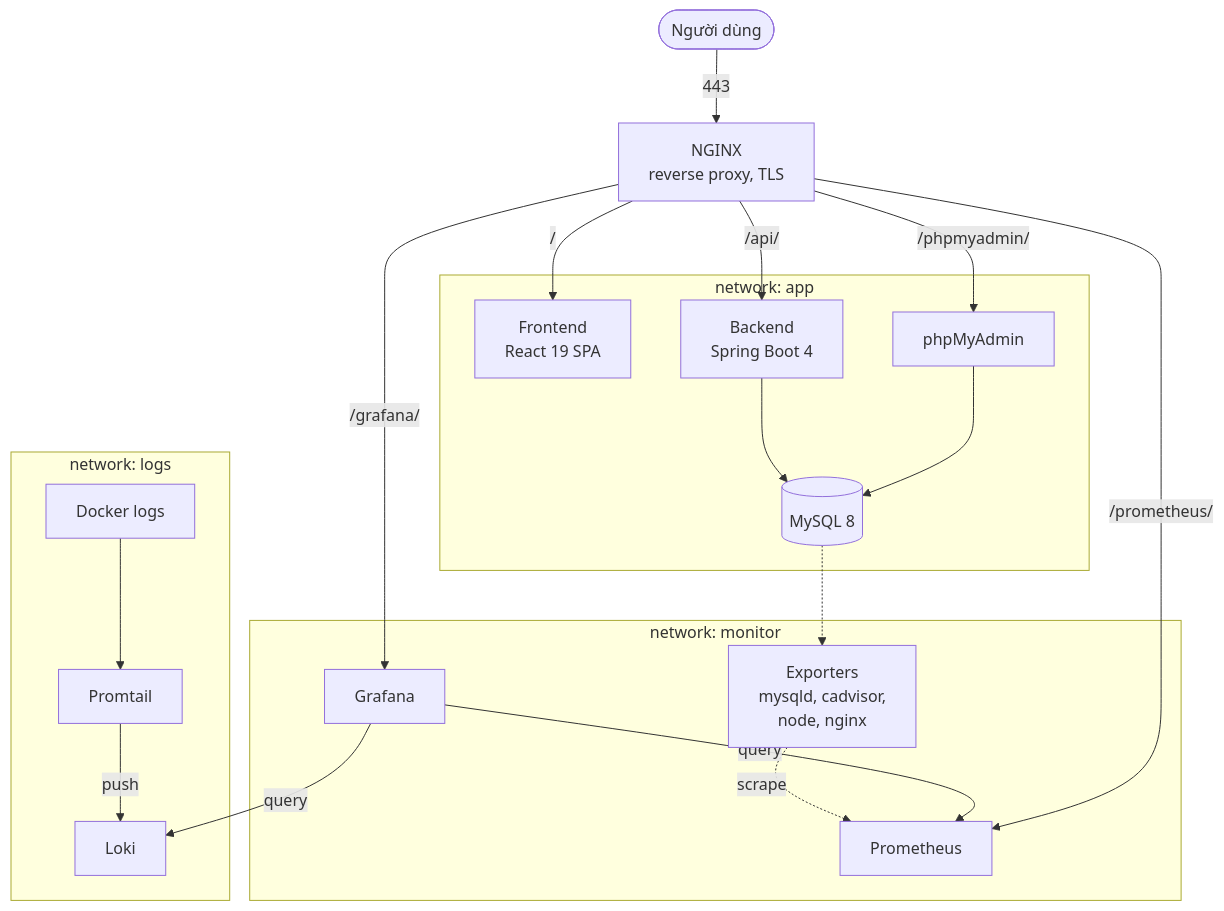
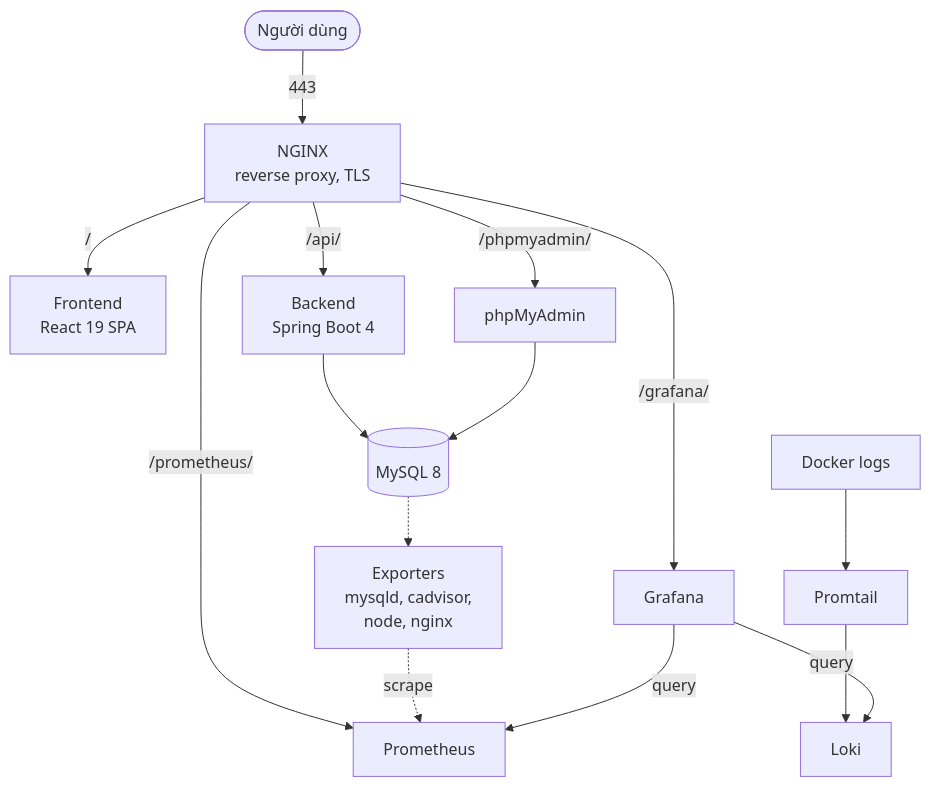
The diagram in README.md (DatHokage/autophone), drawn with Mermaid before and after one commit.

````diff
--- a/README.md
+++ b/README.md
@@ -1,33 +1,16 @@
 ```mermaid
 flowchart TD
     User([Người dùng]) -->|443| Nginx[NGINX<br/>reverse proxy, TLS]
-
-    subgraph app [network: app]
-        FE[Frontend<br/>React 19 SPA]
-        BE[Backend<br/>Spring Boot 4]
-        PMA[phpMyAdmin]
-        DB[(MySQL 8)]
-        BE --> DB
-        PMA --> DB
-    end
-
-    subgraph monitor [network: monitor]
-        PR[Prometheus]
-        GF[Grafana]
-        EXP[Exporters<br/>mysqld, cadvisor,<br/>node, nginx]
-        EXP -.->|scrape| PR
-        GF -->|query| PR
-    end
-
-    subgraph logs [network: logs]
-        DL[Docker logs] --> PT[Promtail] -->|push| LK[Loki]
-    end
-
-    Nginx -->|/| FE
-    Nginx -->|/api/| BE
-    Nginx -->|/phpmyadmin/| PMA
-    Nginx -->|/grafana/| GF
-    Nginx -->|/prometheus/| PR
-    GF -->|query| LK
-    DB -.-> EXP
+    Nginx -->|/| FE[Frontend<br/>React 19 SPA]
+    Nginx -->|/api/| BE[Backend<br/>Spring Boot 4]
+    Nginx -->|/phpmyadmin/| PMA[phpMyAdmin]
+    Nginx -->|/grafana/| GF[Grafana]
+    Nginx -->|/prometheus/| PR[Prometheus]
+    BE --> DB[(MySQL 8)]
+    PMA --> DB
+    Exp[Exporters<br/>mysqld, cadvisor,<br/>node, nginx] -.->|scrape| PR
+    DB -.-> Exp
+    Docker[Docker logs] --> Promtail --> Loki
+    GF -->|query| Loki
+    GF -->|query| PR
 ```
````
